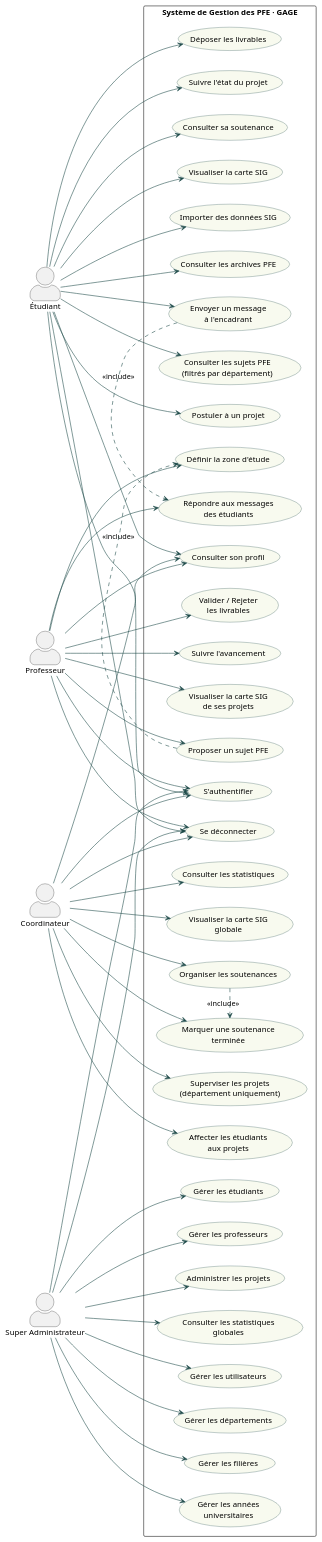
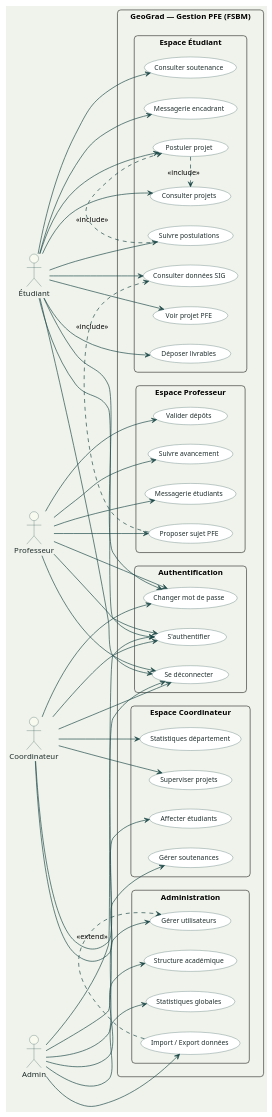
Before and after one commit to alimouad/platform_gestion_des_pfes: the diagram in conception/use_case.puml, drawn with PlantUML. The commit also changed 10 other files, not shown here.

```diff
--- a/conception/use_case.puml
+++ b/conception/use_case.puml
@@ -1,128 +1,165 @@
-@startuml use_case
+@startuml GeoGrad_UseCase_Clean
 
 left to right direction
+
+'========================
+' THEME
+'========================
 skinparam packageStyle rectangle
-skinparam actorStyle awesome
 skinparam shadowing false
-skinparam ArrowColor #1e4a49
-skinparam usecaseBackgroundColor #f8faef
-skinparam usecaseBorderColor #1e4a49
+skinparam roundcorner 12
+skinparam BackgroundColor #f0f3eb
 
-actor "Étudiant" as Etudiant
-actor "Professeur" as Prof
-actor "Coordinateur" as Coord
-actor "Super Administrateur" as Admin
-
-rectangle "Système de Gestion des PFE · GAGE" {
-
-    ' =========================
-    ' Authentification
-    ' =========================
-    usecase "S'authentifier" as UC1
-    usecase "Se déconnecter" as UC2
-    usecase "Consulter son profil" as UC3
-
-    ' =========================
-    ' Étudiant
-    ' =========================
-    usecase "Consulter les sujets PFE\n(filtrés par département)" as UC4
-    usecase "Postuler à un projet" as UC5
-    usecase "Déposer les livrables" as UC6
-    usecase "Suivre l'état du projet" as UC7
-    usecase "Consulter sa soutenance" as UC8
-    usecase "Visualiser la carte SIG" as UC9
-    usecase "Importer des données SIG" as UC10
-    usecase "Envoyer un message\nà l'encadrant" as UC11
-    usecase "Consulter les archives PFE" as UC12
-
-    ' =========================
-    ' Professeur
-    ' =========================
-    usecase "Proposer un sujet PFE" as UC13
-    usecase "Définir la zone d'étude" as UC14
-    usecase "Valider / Rejeter\nles livrables" as UC15
-    usecase "Suivre l'avancement" as UC16
-    usecase "Visualiser la carte SIG\nde ses projets" as UC17
-    usecase "Répondre aux messages\ndes étudiants" as UC18
-
-    ' =========================
-    ' Coordinateur
-    ' =========================
-    usecase "Superviser les projets\n(département uniquement)" as UC19
-    usecase "Affecter les étudiants\naux projets" as UC20
-    usecase "Organiser les soutenances" as UC21
-    usecase "Marquer une soutenance\nterminée" as UC22
-    usecase "Consulter les statistiques" as UC23
-    usecase "Visualiser la carte SIG\nglobale" as UC24
-
-    ' =========================
-    ' Super Admin
-    ' =========================
-    usecase "Gérer les utilisateurs" as UC25
-    usecase "Gérer les départements" as UC26
-    usecase "Gérer les filières" as UC27
-    usecase "Gérer les années\nuniversitaires" as UC28
-    usecase "Gérer les étudiants" as UC29
-    usecase "Gérer les professeurs" as UC30
-    usecase "Administrer les projets" as UC31
-    usecase "Consulter les statistiques\nglobales" as UC32
+skinparam usecase {
+    BackgroundColor #FFFFFF
+    BorderColor #1e4a49
+    FontColor #1e2d2c
+    FontSize 12
 }
 
-' Commun
-Etudiant --> UC1
-Prof --> UC1
-Coord --> UC1
-Admin --> UC1
+skinparam actor {
+    BorderColor #1e4a49
+    BackgroundColor #f8faef
+    FontColor #1e2d2c
+}
 
-Etudiant --> UC2
-Prof --> UC2
-Coord --> UC2
-Admin --> UC2
+skinparam ArrowColor #1e4a49
+skinparam ArrowThickness 1.2
 
-Etudiant --> UC3
-Prof --> UC3
-Coord --> UC3
+'========================
+' ACTORS
+'========================
+actor "Étudiant" as ETU
+actor "Professeur" as PROF
+actor "Coordinateur" as COORD
+actor "Admin" as ADMIN
 
-' Étudiant
-Etudiant --> UC4
-Etudiant --> UC5
-Etudiant --> UC6
-Etudiant --> UC7
-Etudiant --> UC8
-Etudiant --> UC9
-Etudiant --> UC10
-Etudiant --> UC11
-Etudiant --> UC12
+'========================
+' SYSTEM BOUNDARY
+'========================
+rectangle "GeoGrad — Gestion PFE (FSBM)" {
 
-' Professeur
-Prof --> UC13
-Prof --> UC14
-Prof --> UC15
-Prof --> UC16
-Prof --> UC17
-Prof --> UC18
+  '------------------------
+  ' AUTH
+  '------------------------
+  package "Authentification" {
+    usecase UC_LOGIN as "S'authentifier"
+    usecase UC_LOGOUT as "Se déconnecter"
+    usecase UC_PASS as "Changer mot de passe"
+  }
 
-' Coordinateur
-Coord --> UC19
-Coord --> UC20
-Coord --> UC21
-Coord --> UC22
-Coord --> UC23
-Coord --> UC24
+  '------------------------
+  ' ETUDIANT
+  '------------------------
+  package "Espace Étudiant" {
+    usecase UC_BROWSE as "Consulter projets"
+    usecase UC_APPLY as "Postuler projet"
+    usecase UC_TRACK as "Suivre postulations"
+    usecase UC_PROJECT as "Voir projet PFE"
+    usecase UC_UPLOAD as "Déposer livrables"
+    usecase UC_SIG as "Consulter données SIG"
+    usecase UC_DEF as "Consulter soutenance"
+    usecase UC_MSG_E as "Messagerie encadrant"
+  }
 
-' Super Admin
-Admin --> UC25
-Admin --> UC26
-Admin --> UC27
-Admin --> UC28
-Admin --> UC29
-Admin --> UC30
-Admin --> UC31
-Admin --> UC32
+  '------------------------
+  ' PROF
+  '------------------------
+  package "Espace Professeur" {
+    usecase UC_CREATE as "Proposer sujet PFE"
+    usecase UC_VALIDATE as "Valider dépôts"
+    usecase UC_FOLLOW as "Suivre avancement"
+    usecase UC_MSG_P as "Messagerie étudiants"
+  }
 
-' Include
-UC13 .> UC14 : <<include>>
-UC11 .> UC18 : <<include>>
-UC21 .> UC22 : <<include>>
+  '------------------------
+  ' COORD
+  '------------------------
+  package "Espace Coordinateur" {
+    usecase UC_SUP as "Superviser projets"
+    usecase UC_ASSIGN as "Affecter étudiants"
+    usecase UC_SOUT as "Gérer soutenances"
+    usecase UC_STATS as "Statistiques département"
+  }
+
+  '------------------------
+  ' ADMIN
+  '------------------------
+  package "Administration" {
+    usecase UC_USERS as "Gérer utilisateurs"
+    usecase UC_IMPORT as "Import / Export données"
+    usecase UC_STRUCT as "Structure académique"
+    usecase UC_GLOBAL as "Statistiques globales"
+  }
+}
+
+'========================
+' COMMON AUTH
+'========================
+ETU --> UC_LOGIN
+PROF --> UC_LOGIN
+COORD --> UC_LOGIN
+ADMIN --> UC_LOGIN
+
+ETU --> UC_LOGOUT
+PROF --> UC_LOGOUT
+COORD --> UC_LOGOUT
+ADMIN --> UC_LOGOUT
+
+ETU --> UC_PASS
+PROF --> UC_PASS
+COORD --> UC_PASS
+
+'========================
+' ETUDIANT ACTIONS
+'========================
+ETU --> UC_BROWSE
+ETU --> UC_APPLY
+ETU --> UC_TRACK
+ETU --> UC_PROJECT
+ETU --> UC_UPLOAD
+ETU --> UC_SIG
+ETU --> UC_DEF
+ETU --> UC_MSG_E
+
+'========================
+' PROF ACTIONS
+'========================
+PROF --> UC_CREATE
+PROF --> UC_VALIDATE
+PROF --> UC_FOLLOW
+PROF --> UC_MSG_P
+
+'========================
+' COORD ACTIONS
+'========================
+COORD --> UC_SUP
+COORD --> UC_ASSIGN
+COORD --> UC_SOUT
+COORD --> UC_STATS
+
+'========================
+' ADMIN ACTIONS
+'========================
+ADMIN --> UC_USERS
+ADMIN --> UC_IMPORT
+ADMIN --> UC_STRUCT
+ADMIN --> UC_GLOBAL
+
+'========================
+' INCLUDE / EXTEND (CLEAR)
+'========================
+
+' Postuler dépend de consultation
+UC_APPLY .> UC_BROWSE : <<include>>
+
+' Suivi dépend de postulation
+UC_TRACK .> UC_APPLY : <<include>>
+
+' Proposer sujet nécessite SIG
+UC_CREATE .> UC_SIG : <<include>>
+
+' Import étend gestion users
+UC_IMPORT .> UC_USERS : <<extend>>
 
 @enduml
```
